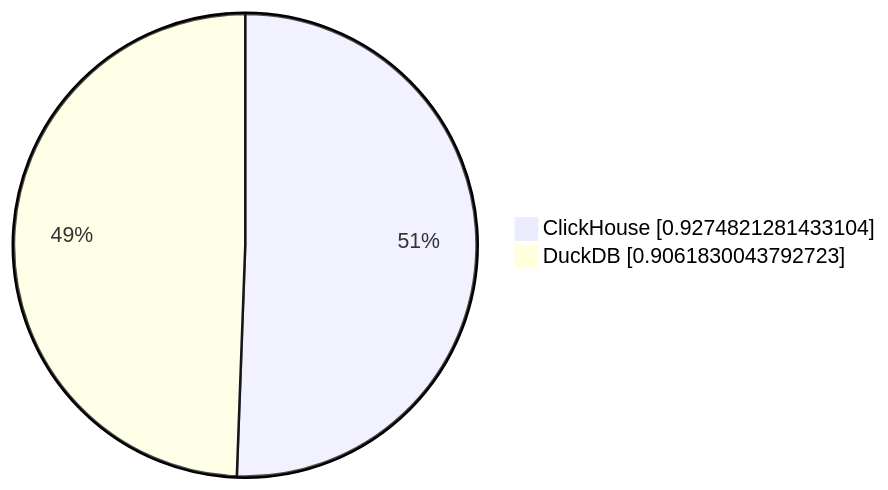
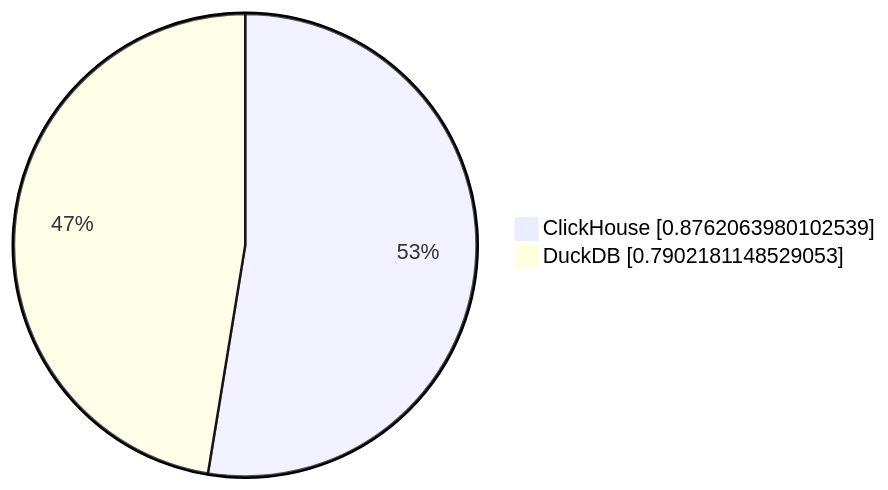
The fifth of 19 diagrams in parquet/performance/results/hits/23.11.1.2711-alpine/README.md (Altinity/clickhouse-regression), drawn with Mermaid before and after one commit. The commit also changed other lines of this file and 8 other files, not shown here.

````diff
--- a/parquet/performance/results/hits/23.11.1.2711-alpine/README.md
+++ b/parquet/performance/results/hits/23.11.1.2711-alpine/README.md
@@ -50,5 +50,5 @@
 ```mermaid
      pie showData
-         "ClickHouse" : 0.9274821281433104
-         "DuckDB" : 0.9061830043792723
+         "ClickHouse" : 0.8762063980102539
+         "DuckDB" : 0.7902181148529053
 ```
````
